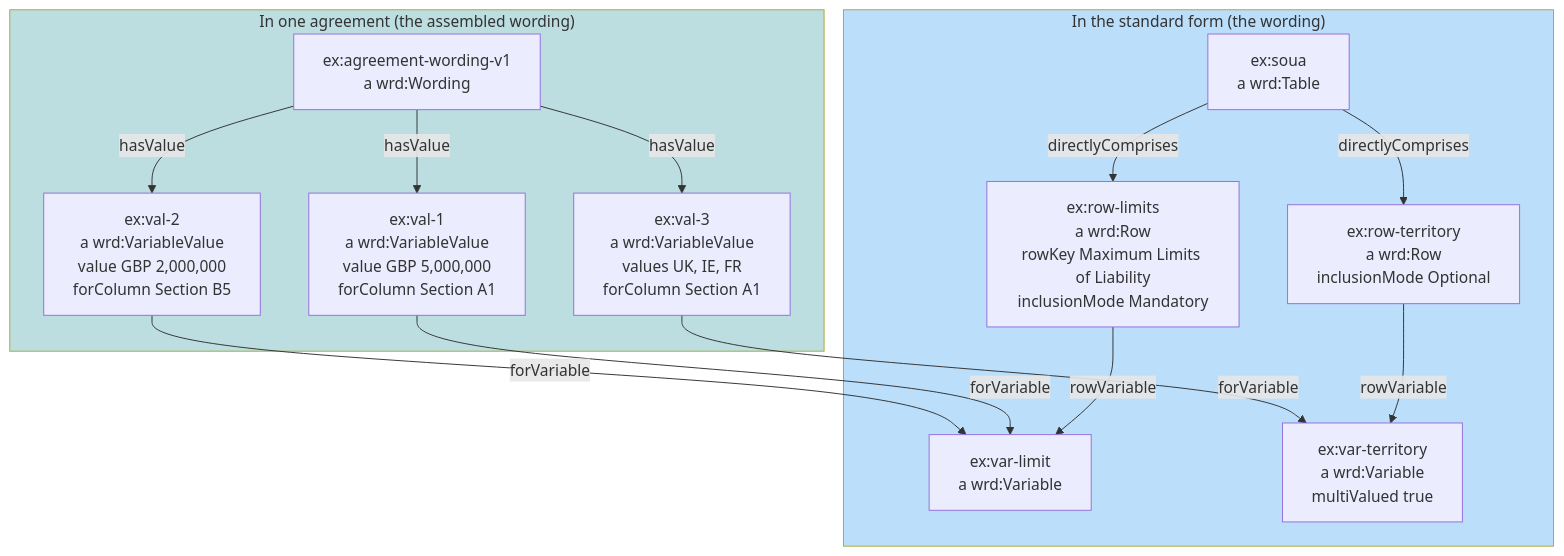
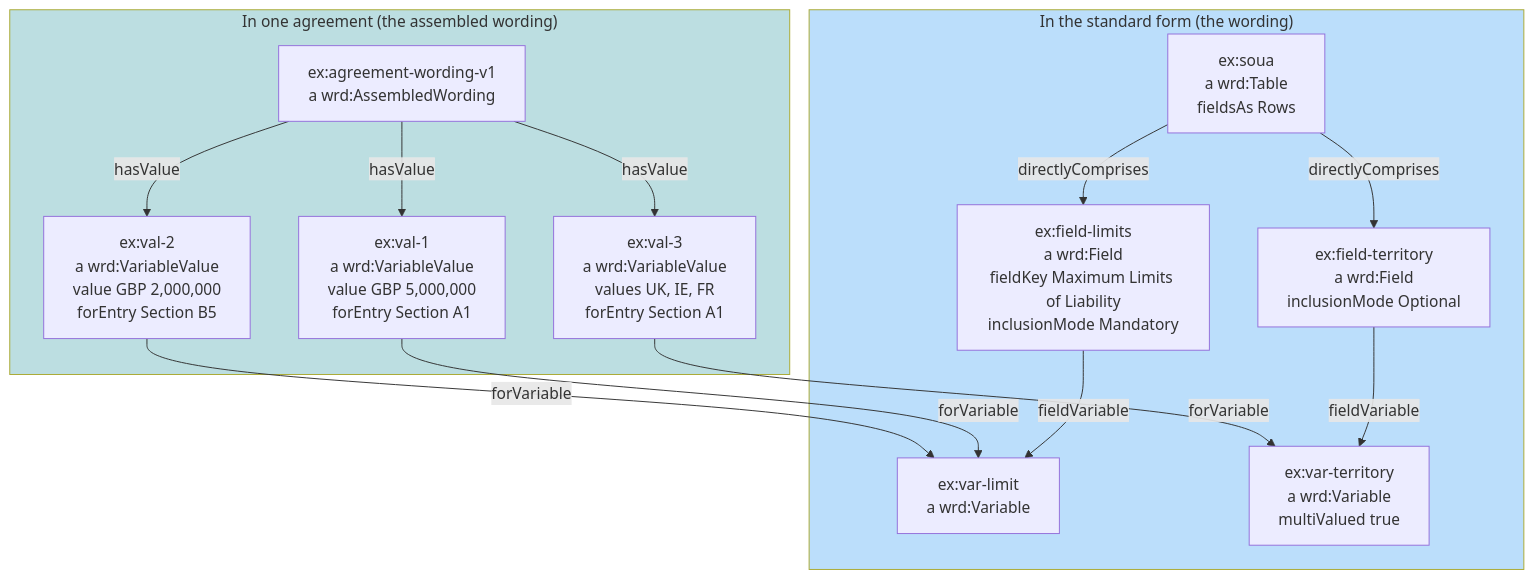
One commit to nebularis/lattice changed the third of 32 diagrams in docs/developer/sketches/computable-contract-substrate.md. Above: the diagram before and after it, drawn with Mermaid. The commit also changed other lines of this file and 17 other files, not shown here.

````diff
--- a/docs/developer/sketches/computable-contract-substrate.md
+++ b/docs/developer/sketches/computable-contract-substrate.md
@@ -320,28 +330,28 @@
 ```mermaid
 flowchart TB
     subgraph FORM["In the standard form (the wording)"]
-        T["ex:soua<br/>a wrd:Table"]
-        R1["ex:row-limits<br/>a wrd:Row<br/>rowKey Maximum Limits of Liability<br/>inclusionMode Mandatory"]
-        R2["ex:row-territory<br/>a wrd:Row<br/>inclusionMode Optional"]
+        T["ex:soua<br/>a wrd:Table<br/>fieldsAs Rows"]
+        R1["ex:field-limits<br/>a wrd:Field<br/>fieldKey Maximum Limits of Liability<br/>inclusionMode Mandatory"]
+        R2["ex:field-territory<br/>a wrd:Field<br/>inclusionMode Optional"]
         V1["ex:var-limit<br/>a wrd:Variable"]
         V2["ex:var-territory<br/>a wrd:Variable<br/>multiValued true"]
         T -- "directlyComprises" --> R1
         T -- "directlyComprises" --> R2
-        R1 -- "rowVariable" --> V1
-        R2 -- "rowVariable" --> V2
+        R1 -- "fieldVariable" --> V1
+        R2 -- "fieldVariable" --> V2
     end
     subgraph INST["In one agreement (the assembled wording)"]
-        AW["ex:agreement-wording-v1<br/>a wrd:Wording"]
-        VA["ex:val-1<br/>a wrd:VariableValue<br/>value GBP 5,000,000<br/>forColumn Section A1"]
-        VB["ex:val-2<br/>a wrd:VariableValue<br/>value GBP 2,000,000<br/>forColumn Section B5"]
-        VC["ex:val-3<br/>a wrd:VariableValue<br/>values UK, IE, FR<br/>forColumn Section A1"]
+        AW["ex:agreement-wording-v1<br/>a wrd:AssembledWording"]
+        VA["ex:val-1<br/>a wrd:VariableValue<br/>value GBP 5,000,000<br/>forEntry Section A1"]
+        VB["ex:val-2<br/>a wrd:VariableValue<br/>value GBP 2,000,000<br/>forEntry Section B5"]
+        VC["ex:val-3<br/>a wrd:VariableValue<br/>values UK, IE, FR<br/>forEntry Section A1"]
         AW -- "hasValue" --> VA
         AW -- "hasValue" --> VB
         AW -- "hasValue" --> VC
     end
     VA -- "forVariable" --> V1
     VB -- "forVariable" --> V1
     VC -- "forVariable" --> V2
     style FORM fill:#BBDEFB
     style INST fill:#bcdee1
 ```
````
